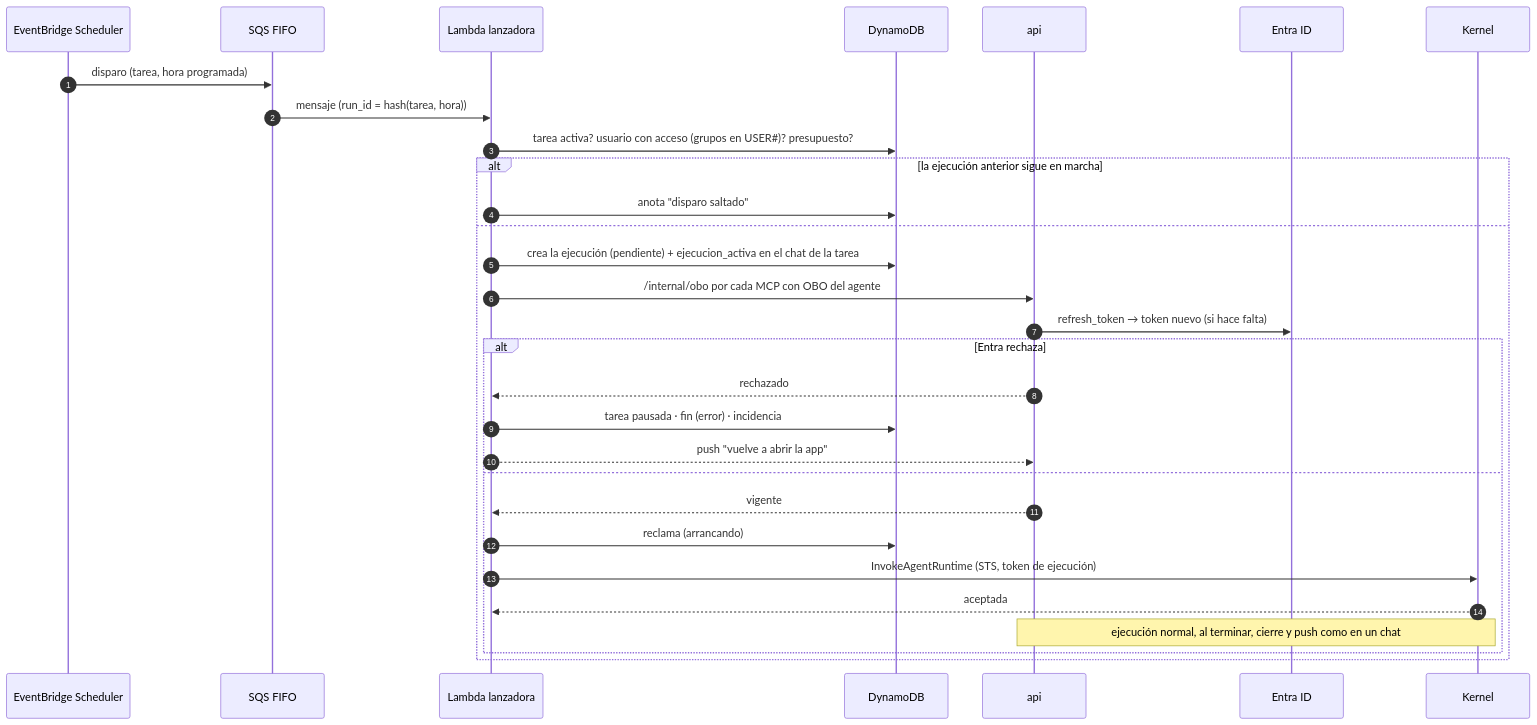
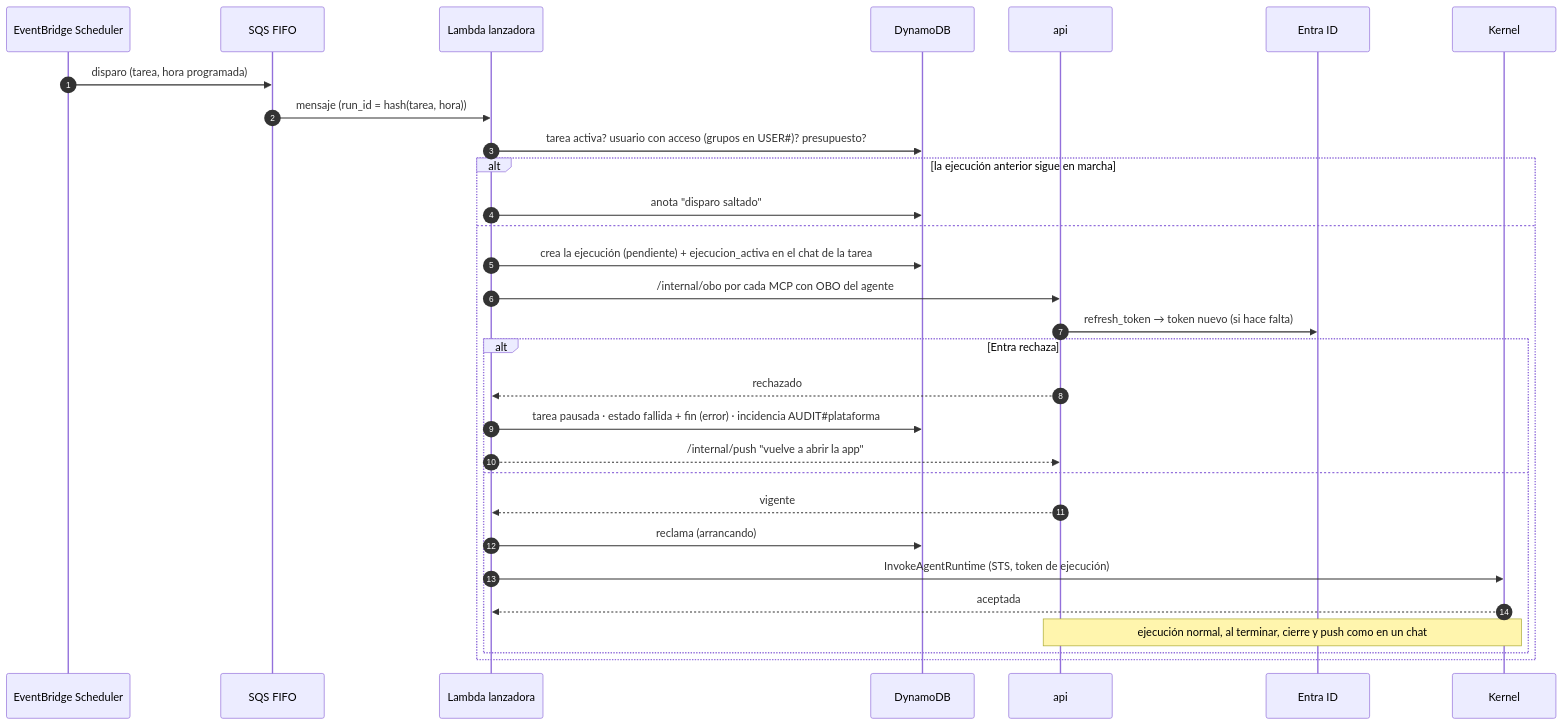
One commit to ikermendi/sample-agent-platform-with-agentcore changed the seventh of 7 diagrams in docs/arquitectura-agentes.md. Above: the diagram before and after it, drawn with Mermaid. The commit also changed other lines of this file and 1 other file, not shown here.

First line of the commit message:
docs: quinta revisión de coherencia (lanzadora como único firmante, auditoría por clave, permisos de admin y api, pilas, tablas)

````diff
--- a/docs/arquitectura-agentes.md
+++ b/docs/arquitectura-agentes.md
@@ -888,33 +895,33 @@
 ```mermaid
 sequenceDiagram
   autonumber
   participant S as EventBridge Scheduler
   participant Q as SQS FIFO
   participant L as Lambda lanzadora
   participant D as DynamoDB
   participant API as api
   participant E as Entra ID
   participant K as Kernel
 
   S->>Q: disparo (tarea, hora programada)
   Q->>L: mensaje (run_id = hash(tarea, hora))
   L->>D: tarea activa? usuario con acceso (grupos en USER#35;)? presupuesto?
   alt la ejecución anterior sigue en marcha
     L->>D: anota "disparo saltado"
   else
     L->>D: crea la ejecución (pendiente) + ejecucion_activa en el chat de la tarea
     L->>API: /internal/obo por cada MCP con OBO del agente
     API->>E: refresh_token → token nuevo (si hace falta)
     alt Entra rechaza
       API-->>L: rechazado
-      L->>D: tarea pausada · fin (error) · incidencia
-      L-->>API: push "vuelve a abrir la app"
+      L->>D: tarea pausada · estado fallida + fin (error) · incidencia AUDIT#35;plataforma
+      L-->>API: /internal/push "vuelve a abrir la app"
     else
       API-->>L: vigente
       L->>D: reclama (arrancando)
       L->>K: InvokeAgentRuntime (STS, token de ejecución)
       K-->>L: aceptada
       Note over API,K: ejecución normal, al terminar, cierre y push como en un chat
     end
   end
 ```
````
